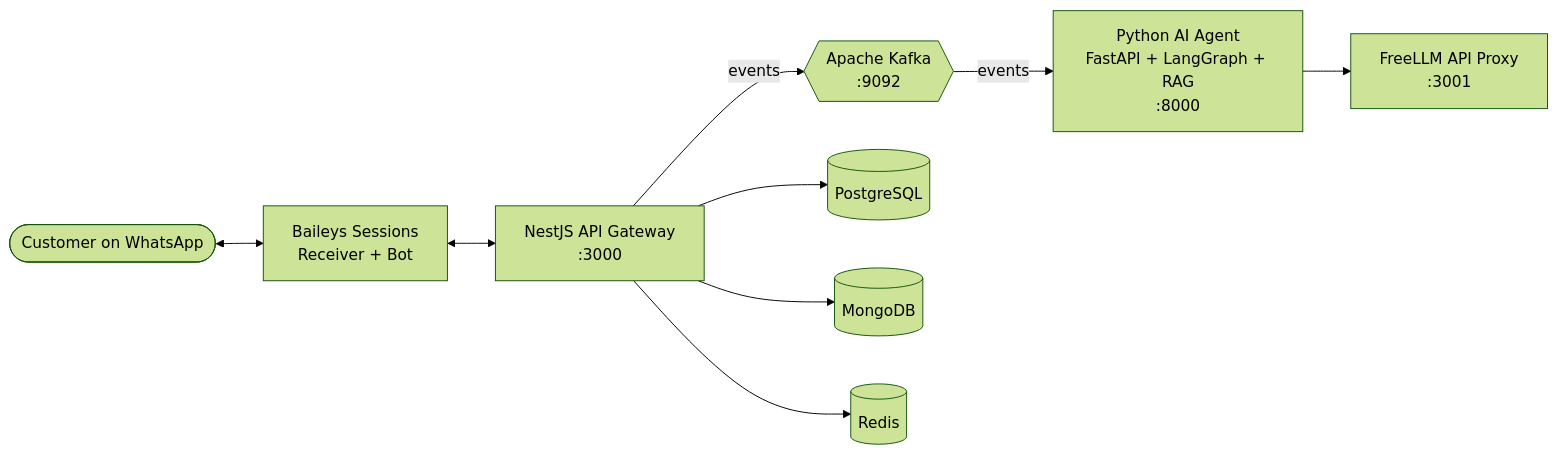
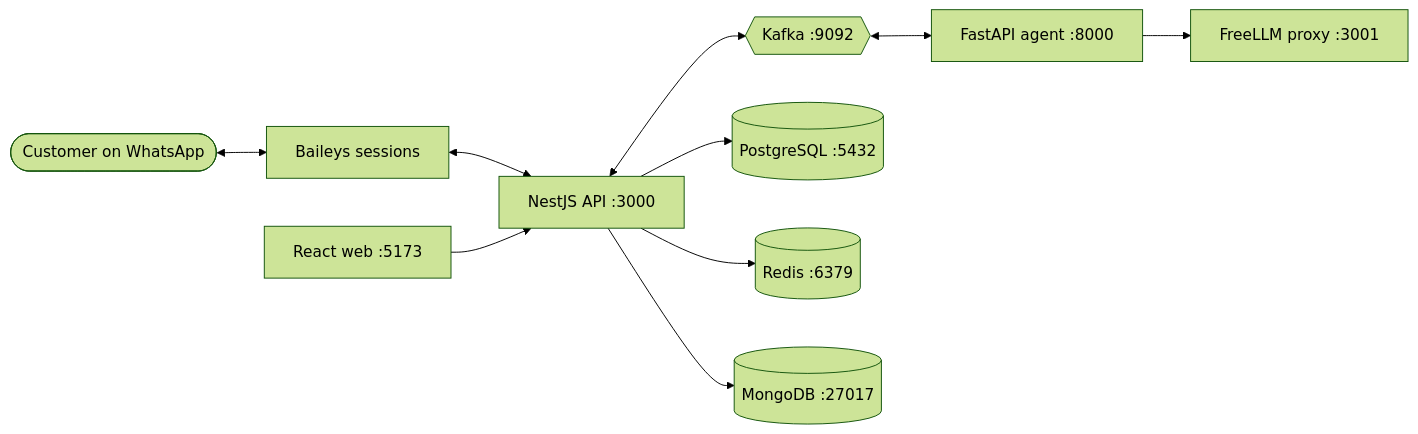
Before and after one commit to kcprabin/Pearson: the diagram in README.md, drawn with Mermaid (forest theme). The commit also changed other lines of this file, not shown here.

````diff
--- a/README.md
+++ b/README.md
@@ -93,11 +32,12 @@
 ```mermaid
 flowchart LR
-    C([Customer on WhatsApp]) <--> B[Baileys Sessions<br/>Receiver + Bot]
-    B <--> A[NestJS API Gateway<br/>:3000]
-    A -- events --> K{{Apache Kafka<br/>:9092}}
-    K -- events --> G[Python AI Agent<br/>FastAPI + LangGraph + RAG<br/>:8000]
-    G --> P[FreeLLM API Proxy<br/>:3001]
-    A --> PG[(PostgreSQL)]
-    A --> M[(MongoDB)]
-    A --> R[(Redis)]
+    C([Customer on WhatsApp]) <--> W[Baileys sessions]
+    W <--> A[NestJS API :3000]
+    A <--> K{{Kafka :9092}}
+    K <--> G[FastAPI agent :8000]
+    G --> L[FreeLLM proxy :3001]
+    A --> P[(PostgreSQL :5432)]
+    A --> R[(Redis :6379)]
+    A --> M[(MongoDB :27017)]
+    U[React web :5173] --> A
 ```
````
